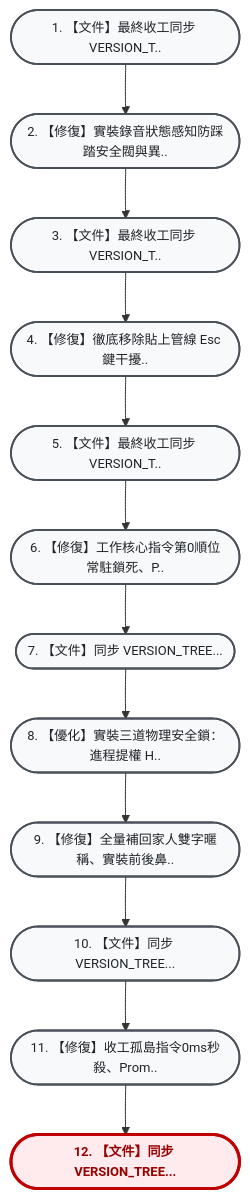
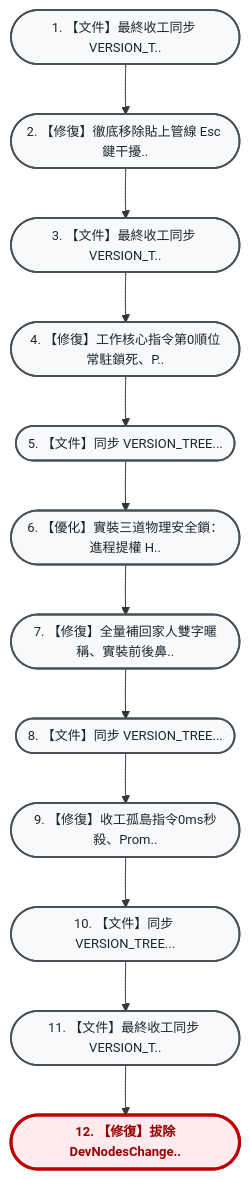
The diagram in VERSION_TREE.md (hjen8/NoType-Scribe), drawn with Mermaid before and after one commit. The commit also changed other lines of this file and 5 other files, not shown here.

Commit message:
【修復】拔除DevNodesChanged正回授死循環、錄音啟動全面非同步線程化根治筆電卡頓與鍵盤癱瘓 (Task 63)

````diff
--- a/VERSION_TREE.md
+++ b/VERSION_TREE.md
@@ -13,30 +13,32 @@
 ```mermaid
 flowchart TD
     %% 雙壁版本樹專用視覺化配色風格 (由上而下 TD 垂直大字純中文版)
     classDef default fill:#f8f9fa,stroke:#495057,stroke-width:1.8px,color:#212529,font-size:13px;
     classDef current fill:#ffebee,stroke:#c00000,stroke-width:3px,color:#900,font-weight:bold,font-size:13px;
     classDef mergeNode fill:#e3f2fd,stroke:#1565c0,stroke-width:2px,color:#0d47a1,font-size:13px;
-    n_84b947b(["1. 【文件】最終收工同步 VERSION_T.."]):::default
-    n_8774d72(["2. 【修復】實裝錄音狀態感知防踩踏安全閥與異.."]):::default
-    n_3b1109f(["3. 【文件】最終收工同步 VERSION_T.."]):::default
-    n_3fd94e8(["4. 【修復】徹底移除貼上管線 Esc 鍵干擾.."]):::default
-    n_796160e(["5. 【文件】最終收工同步 VERSION_T.."]):::default
-    n_01556eb(["6. 【修復】工作核心指令第0順位常駐鎖死、P.."]):::default
-    n_de0f9ca(["7. 【文件】同步 VERSION_TREE..."]):::default
-    n_0998c9e(["8. 【優化】實裝三道物理安全鎖：進程提權 H.."]):::default
-    n_c88210e(["9. 【修復】全量補回家人雙字暱稱、實裝前後鼻.."]):::default
-    n_534b345(["10. 【文件】同步 VERSION_TREE..."]):::default
-    n_c39c580(["11. 【修復】收工孤島指令0ms秒殺、Prom.."]):::default
-    n_a018c1d(["12. 【文件】同步 VERSION_TREE..."]):::current
-    n_84b947b --> n_8774d72
-    n_8774d72 --> n_3b1109f
+    classDef detour fill:#fff3e0,stroke:#e65100,stroke-width:2px,color:#b78103,font-size:13px;
+    classDef transplant fill:#f3e5f5,stroke:#4a148c,stroke-width:2.5px,color:#4a148c,font-weight:bold,font-size:13px;
+    n_3b1109f(["1. 【文件】最終收工同步 VERSION_T.."]):::default
+    n_3fd94e8(["2. 【修復】徹底移除貼上管線 Esc 鍵干擾.."]):::default
+    n_796160e(["3. 【文件】最終收工同步 VERSION_T.."]):::default
+    n_01556eb(["4. 【修復】工作核心指令第0順位常駐鎖死、P.."]):::default
+    n_de0f9ca(["5. 【文件】同步 VERSION_TREE..."]):::default
+    n_0998c9e(["6. 【優化】實裝三道物理安全鎖：進程提權 H.."]):::default
+    n_c88210e(["7. 【修復】全量補回家人雙字暱稱、實裝前後鼻.."]):::default
+    n_534b345(["8. 【文件】同步 VERSION_TREE..."]):::default
+    n_c39c580(["9. 【修復】收工孤島指令0ms秒殺、Prom.."]):::default
+    n_a018c1d(["10. 【文件】同步 VERSION_TREE..."]):::default
+    n_cc1d9fb(["11. 【文件】最終收工同步 VERSION_T.."]):::default
+    n_f00a9bd(["12. 【修復】拔除DevNodesChange.."]):::current
     n_3b1109f --> n_3fd94e8
     n_3fd94e8 --> n_796160e
     n_796160e --> n_01556eb
     n_01556eb --> n_de0f9ca
     n_de0f9ca --> n_0998c9e
     n_0998c9e --> n_c88210e
     n_c88210e --> n_534b345
     n_534b345 --> n_c39c580
     n_c39c580 --> n_a018c1d
+    n_a018c1d --> n_cc1d9fb
+    n_cc1d9fb --> n_f00a9bd
 ```
````
